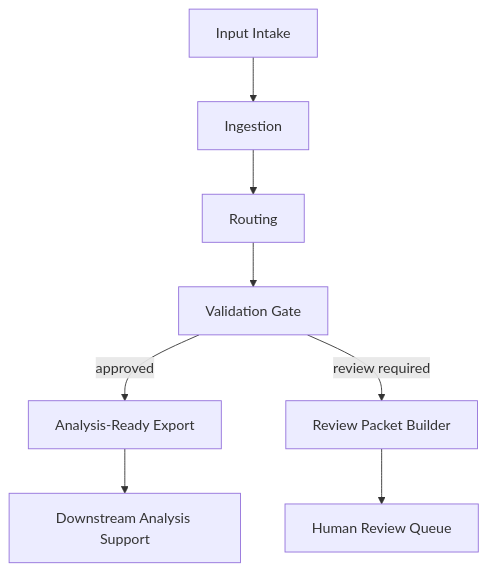
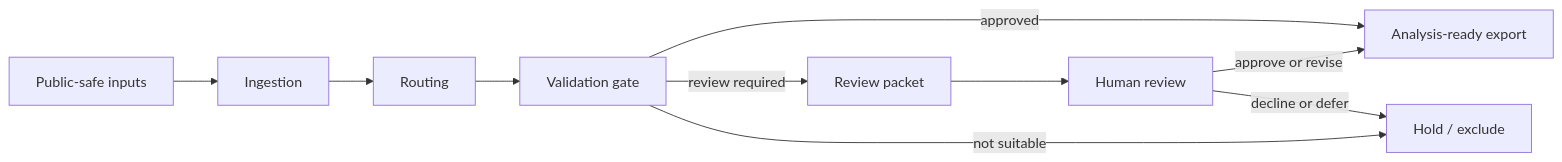
Before and after one commit to wcx13811718006-lang/review-gated-research-systems: the diagram in diagrams/system_overview.mmd, drawn with Mermaid. The commit also changed other lines of this file and 10 other files, not shown here.

Commit message:
Polish public showcase docs and diagrams

```diff
--- a/diagrams/system_overview.mmd
+++ b/diagrams/system_overview.mmd
@@ -1,8 +1,10 @@
-flowchart TD
-    A["Input Intake"] --> B["Ingestion"]
+flowchart LR
+    A["Public-safe inputs"] --> B["Ingestion"]
     B --> C["Routing"]
-    C --> D["Validation Gate"]
-    D -->|approved| E["Analysis-Ready Export"]
-    D -->|review required| F["Review Packet Builder"]
-    F --> G["Human Review Queue"]
-    E --> H["Downstream Analysis Support"]
+    C --> D["Validation gate"]
+    D -->|approved| E["Analysis-ready export"]
+    D -->|review required| F["Review packet"]
+    D -->|not suitable| G["Hold / exclude"]
+    F --> H["Human review"]
+    H -->|approve or revise| E
+    H -->|decline or defer| G
```
